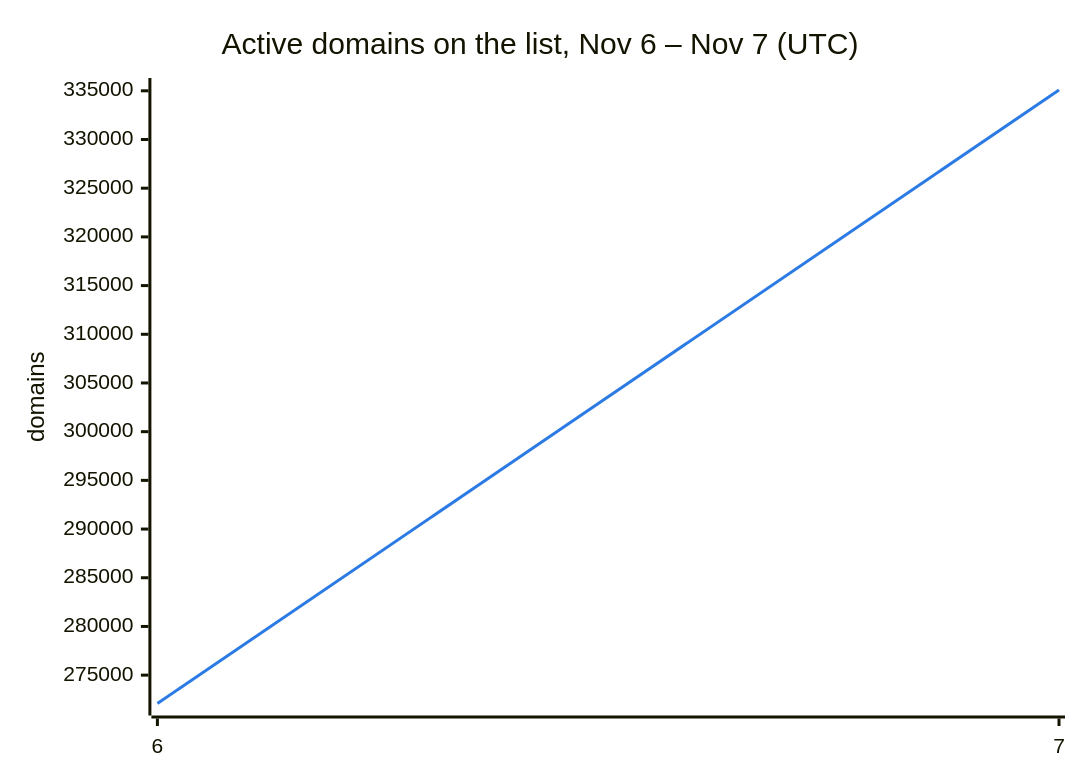
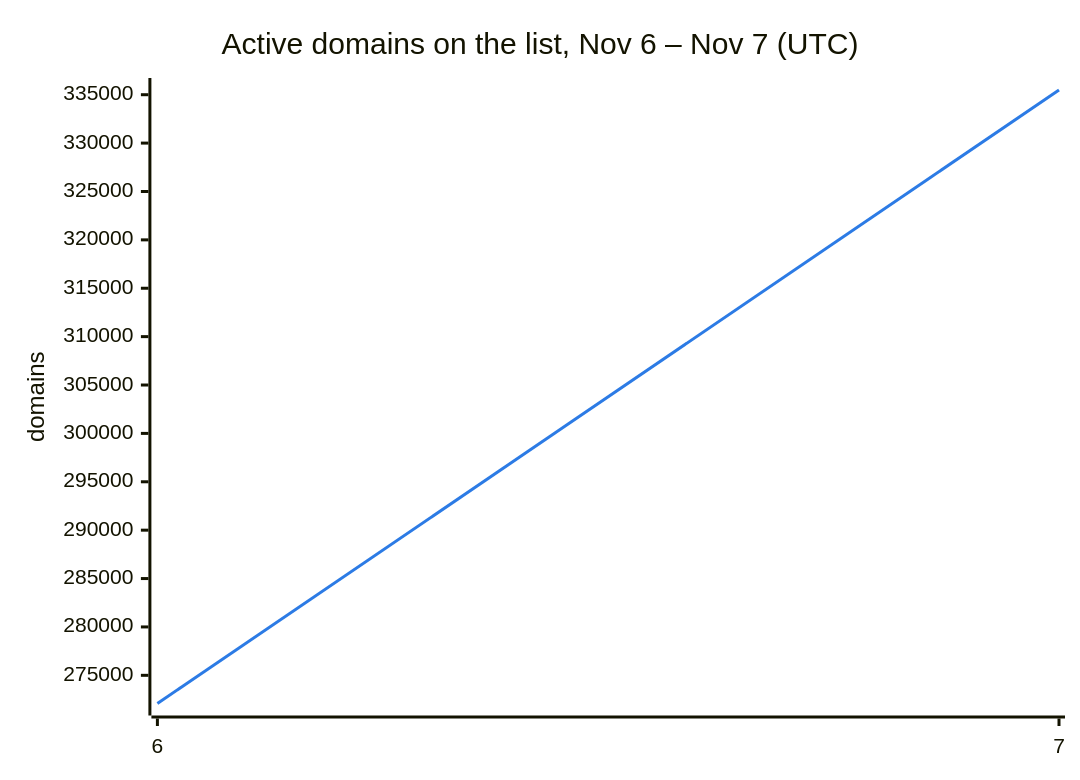
The second of 3 diagrams in README.md (DNSBunker/CTI), drawn with Mermaid before and after one commit. The commit also changed other lines of this file and 3 other files, not shown here.

````diff
--- a/README.md
+++ b/README.md
@@ -38,8 +38,8 @@
 ```mermaid
 %%{init: {"themeVariables": {"xyChart": {"plotColorPalette": "#2c7be5"}}}}%%
 xychart-beta
     title "Active domains on the list, Nov 6 – Nov 7 (UTC)"
     x-axis ["6", "7"]
     y-axis "domains"
-    line [272088, 335083]
+    line [272088, 335487]
 ```
````
